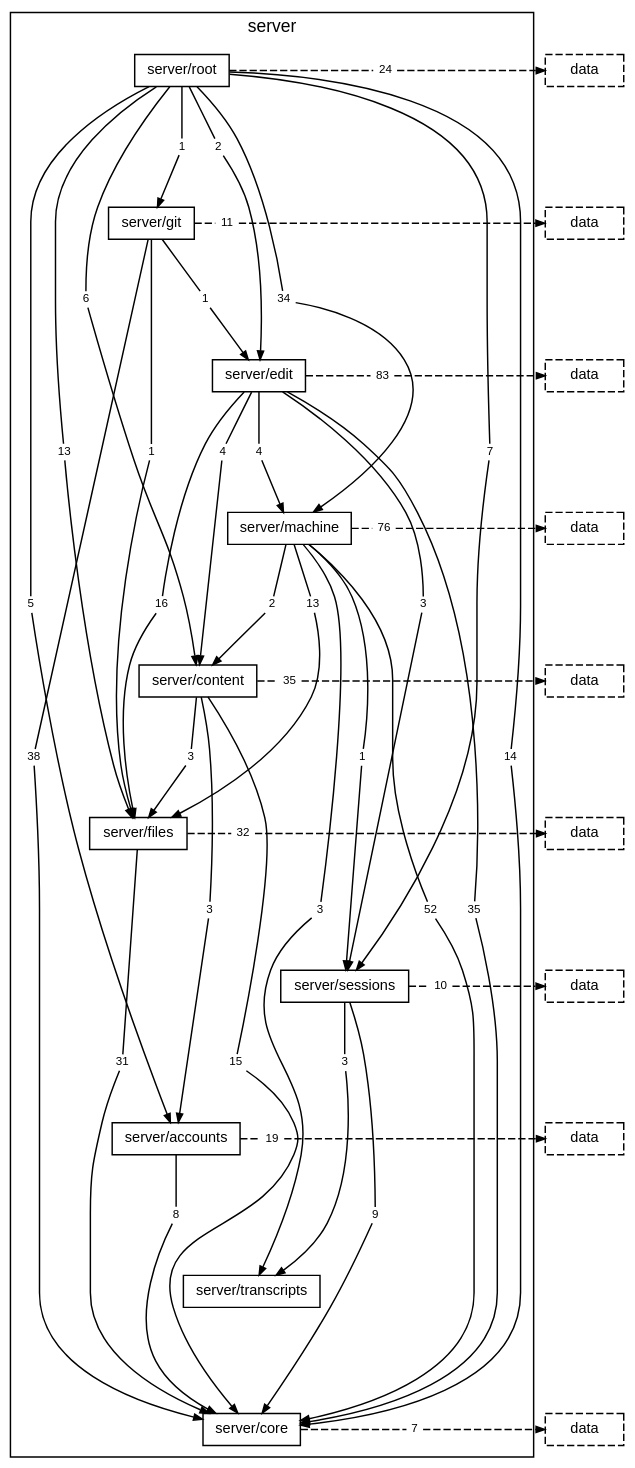
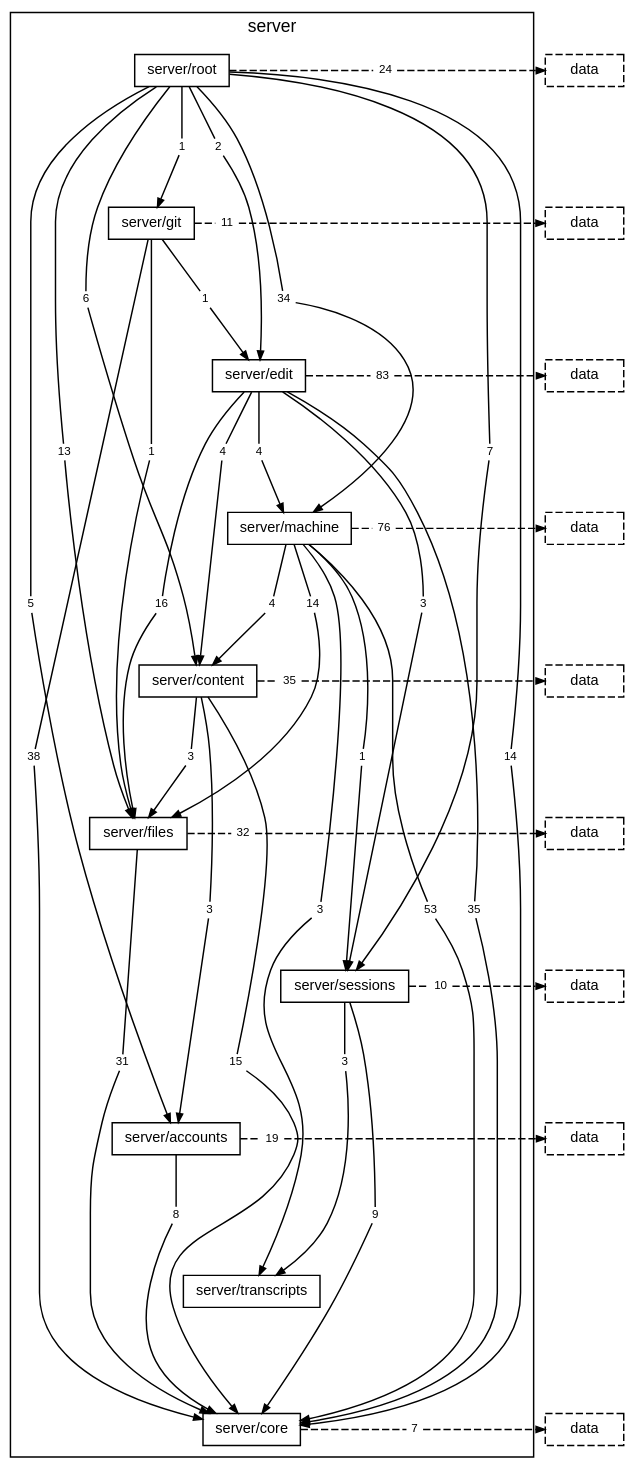
The diagram in docs/diagrams/layer-server.dot (TheAxeC/oculus), drawn with Graphviz before and after one commit. The commit also changed 115 other files, not shown here.

```diff
--- a/docs/diagrams/layer-server.dot
+++ b/docs/diagrams/layer-server.dot
@@ -33,9 +33,9 @@
         "folder server/edit to folder server/machine" [label="4", shape=box, color="transparent", fontsize=8, width=0, height=0, margin="0.04,0.02"];
         "folder server/edit to folder server/sessions" [label="3", shape=box, color="transparent", fontsize=8, width=0, height=0, margin="0.04,0.02"];
         "folder server/edit to layer data" [label="83", shape=box, color="transparent", fontsize=8, width=0, height=0, margin="0.04,0.02"];
-        "folder server/machine to folder server/content" [label="2", shape=box, color="transparent", fontsize=8, width=0, height=0, margin="0.04,0.02"];
-        "folder server/machine to folder server/core" [label="52", shape=box, color="transparent", fontsize=8, width=0, height=0, margin="0.04,0.02"];
-        "folder server/machine to folder server/files" [label="13", shape=box, color="transparent", fontsize=8, width=0, height=0, margin="0.04,0.02"];
+        "folder server/machine to folder server/content" [label="4", shape=box, color="transparent", fontsize=8, width=0, height=0, margin="0.04,0.02"];
+        "folder server/machine to folder server/core" [label="53", shape=box, color="transparent", fontsize=8, width=0, height=0, margin="0.04,0.02"];
+        "folder server/machine to folder server/files" [label="14", shape=box, color="transparent", fontsize=8, width=0, height=0, margin="0.04,0.02"];
         "folder server/machine to folder server/sessions" [label="1", shape=box, color="transparent", fontsize=8, width=0, height=0, margin="0.04,0.02"];
         "folder server/machine to folder server/transcripts" [label="3", shape=box, color="transparent", fontsize=8, width=0, height=0, margin="0.04,0.02"];
         "folder server/machine to layer data" [label="76", shape=box, color="transparent", fontsize=8, width=0, height=0, margin="0.04,0.02"];
```
